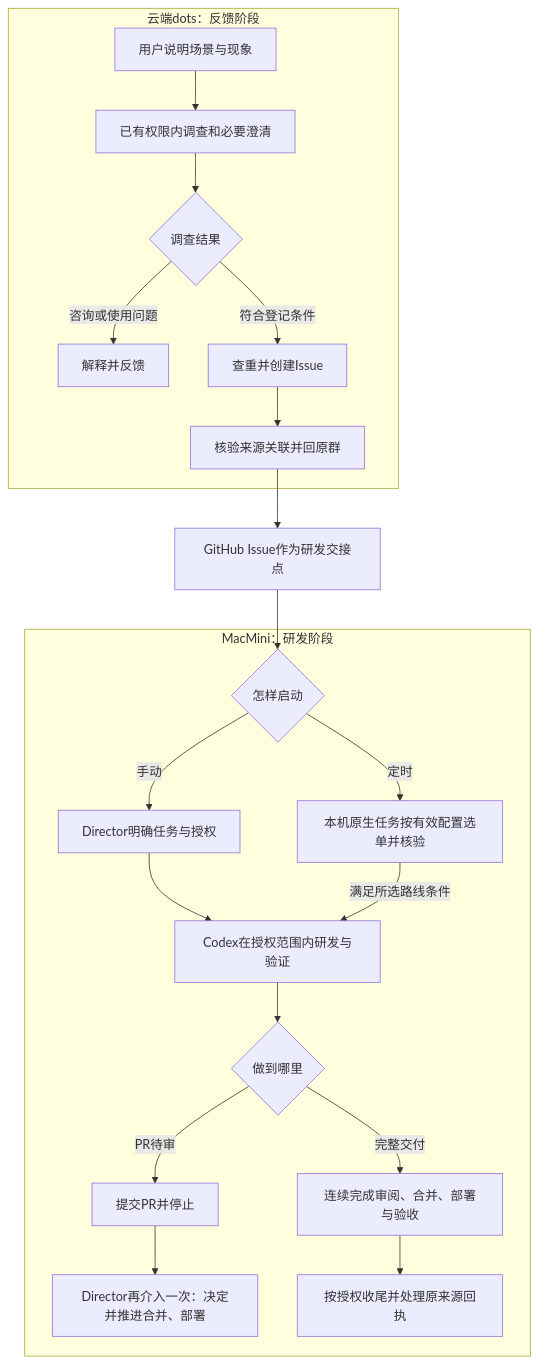
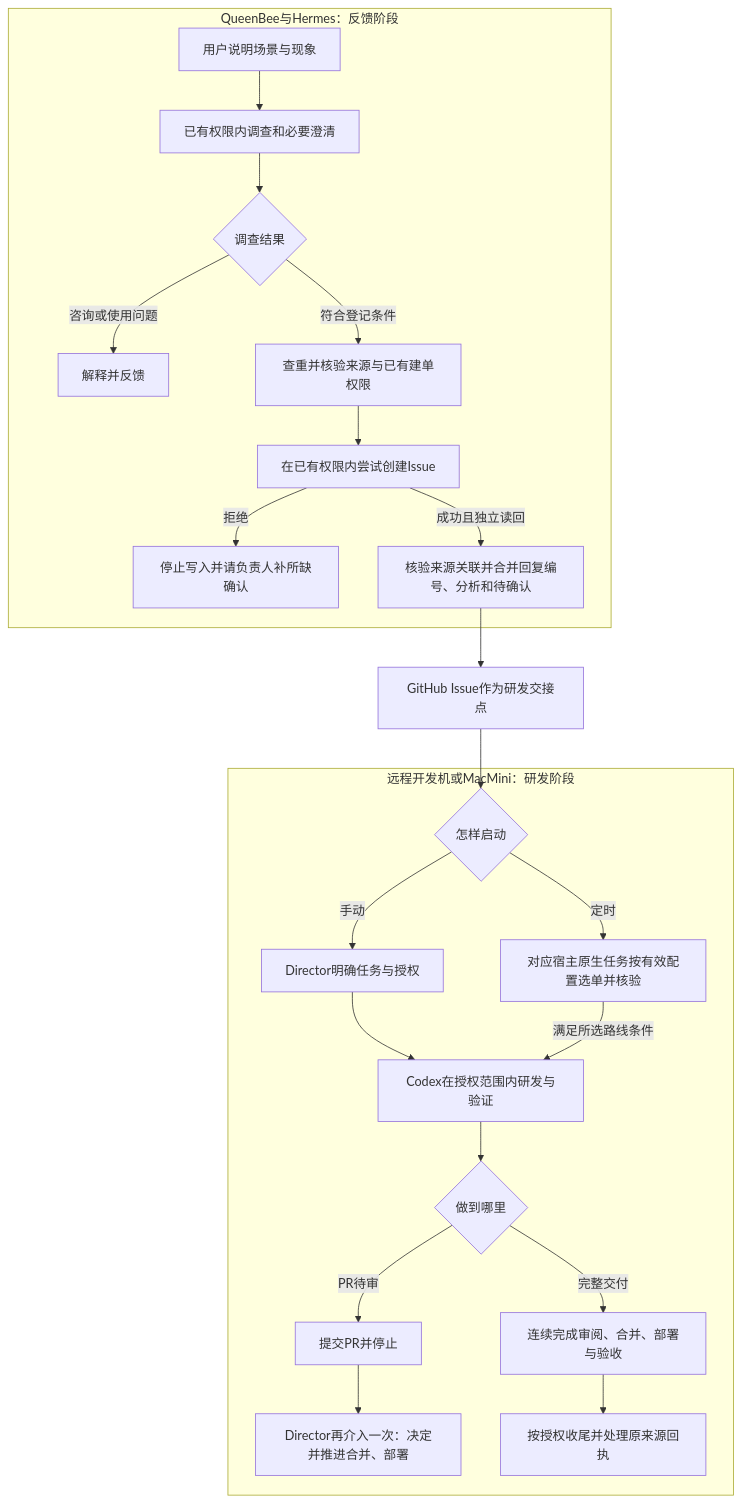
One commit to xiiiblue/hive-flow changed the diagram in docs/11-手册/05-自动化手册/03-流程总览：一条反馈怎样走到交付.md. Above: the diagram before and after it, drawn with Mermaid. The commit also changed other lines of this file and 56 other files, not shown here.

````diff
--- a/docs/11-手册/05-自动化手册/03-流程总览：一条反馈怎样走到交付.md
+++ b/docs/11-手册/05-自动化手册/03-流程总览：一条反馈怎样走到交付.md
@@ -17,24 +17,26 @@
 ```mermaid
 flowchart TD
-  subgraph CLOUD[云端dots：反馈阶段]
+  subgraph INTAKE[QueenBee与Hermes：反馈阶段]
     A[用户说明场景与现象] --> B[已有权限内调查和必要澄清]
     B --> C{调查结果}
     C -->|咨询或使用问题| D[解释并反馈]
-    C -->|符合登记条件| E[查重并创建Issue]
-    E --> F[核验来源关联并回原群]
+    C -->|符合登记条件| E[查重并核验来源与已有建单权限]
+    E --> E1[在已有权限内尝试创建Issue]
+    E1 -->|拒绝| E2[停止写入并请负责人补所缺确认]
+    E1 -->|成功且独立读回| F[核验来源关联并合并回复编号、分析和待确认]
   end
   F --> I[GitHub Issue作为研发交接点]
-  subgraph MAC[MacMini：研发阶段]
+  subgraph DEV[远程开发机或MacMini：研发阶段]
     S{怎样启动}
     S -->|手动| H[Director明确任务与授权]
-    S -->|定时| T[本机原生任务按有效配置选单并核验]
+    S -->|定时| T[对应宿主原生任务按有效配置选单并核验]
     H --> J[Codex在授权范围内研发与验证]
     T -->|满足所选路线条件| J
     J --> K{做到哪里}
     K -->|PR待审| L[提交PR并停止]
     L --> P[Director再介入一次：决定并推进合并、部署]
     K -->|完整交付| M[连续完成审阅、合并、部署与验收]
     M --> N[按授权收尾并处理原来源回执]
   end
   I --> S
 ```
````
